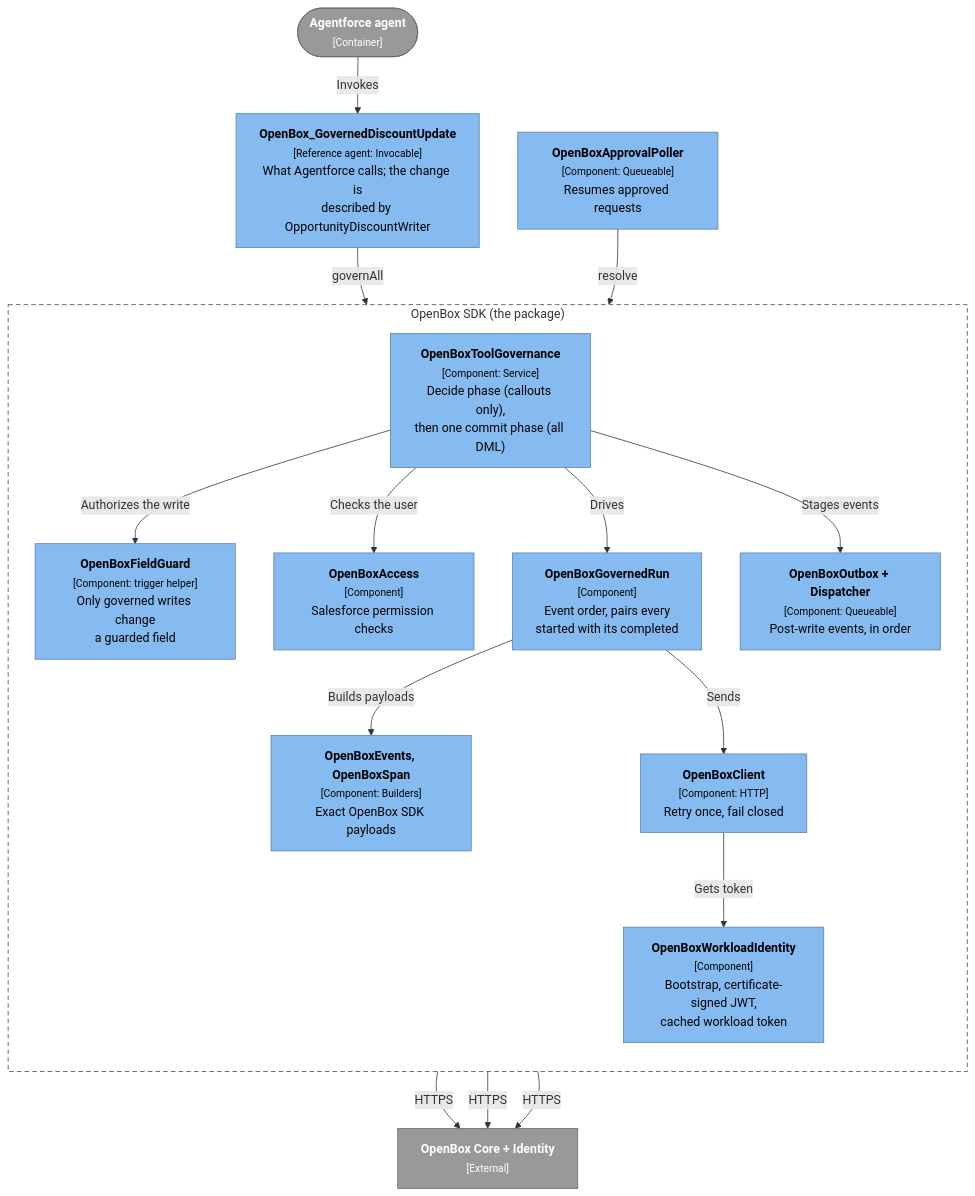
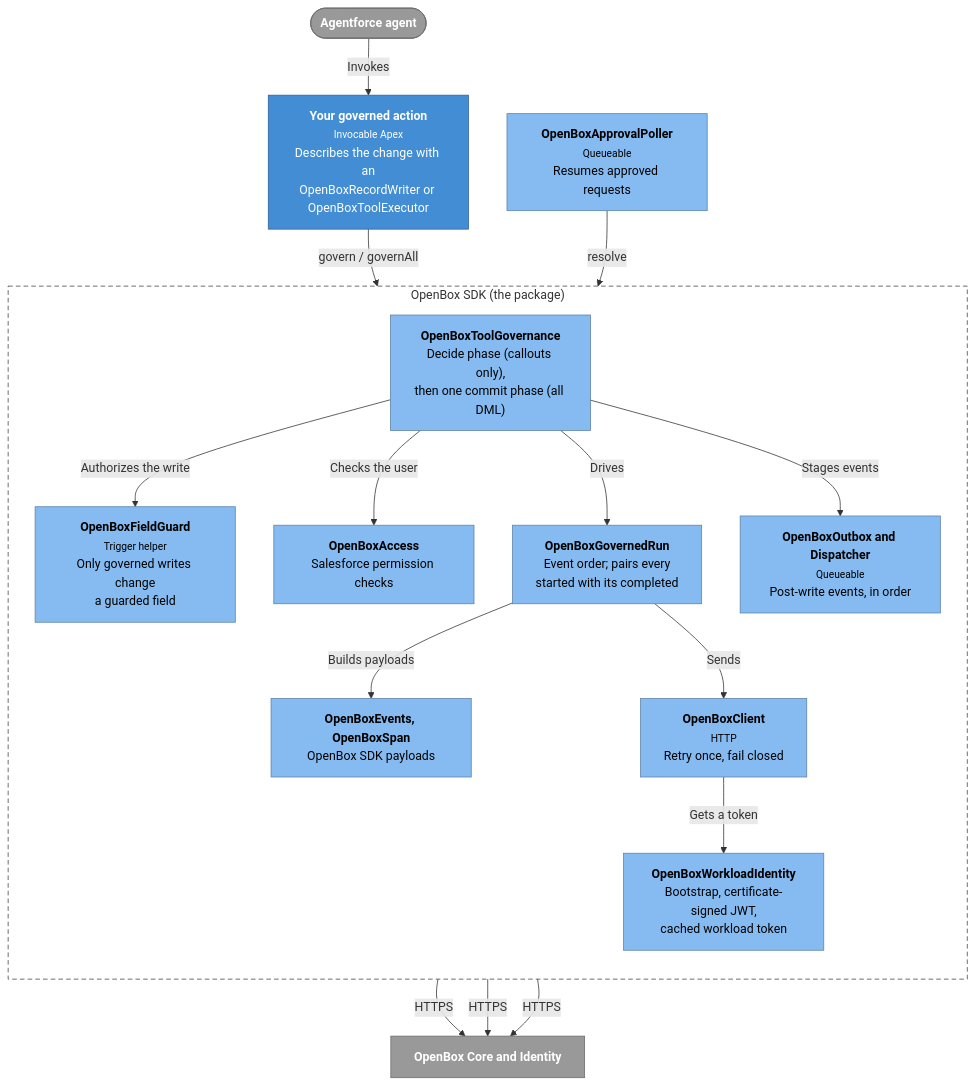
The third of 7 diagrams in README.md (OpenBox-AI/openbox-agentforce-sdk), drawn with Mermaid before and after one commit. The commit also changed other lines of this file and 2 other files, not shown here.

First line of the commit message:
PROD-1019 Public README; package alias points at the Dev Hub's package

````diff
--- a/README.md
+++ b/README.md
@@ -129,39 +132,39 @@
 ```mermaid
 flowchart TB
-  agent(["<b>Agentforce agent</b><br/><small>[Container]</small>"]):::ext
-  poller["<b>OpenBoxApprovalPoller</b><br/><small>[Component: Queueable]</small><br/>Resumes approved requests"]:::component
+  agent(["<b>Agentforce agent</b>"]):::ext
+  entry["<b>Your governed action</b><br/><small>Invocable Apex</small><br/>Describes the change with an<br/>OpenBoxRecordWriter or OpenBoxToolExecutor"]:::yours
+  poller["<b>OpenBoxApprovalPoller</b><br/><small>Queueable</small><br/>Resumes approved requests"]:::component
 
-  entry["<b>OpenBox_GovernedDiscountUpdate</b><br/><small>[Reference agent: Invocable]</small><br/>What Agentforce calls; the change is<br/>described by OpportunityDiscountWriter"]:::component
-
-  subgraph action["OpenBox SDK (the package)"]
+  subgraph pkg["OpenBox SDK (the package)"]
     direction TB
-    gov["<b>OpenBoxToolGovernance</b><br/><small>[Component: Service]</small><br/>Decide phase (callouts only),<br/>then one commit phase (all DML)"]:::component
-    guard["<b>OpenBoxFieldGuard</b><br/><small>[Component: trigger helper]</small><br/>Only governed writes change<br/>a guarded field"]:::component
-    access["<b>OpenBoxAccess</b><br/><small>[Component]</small><br/>Salesforce permission checks"]:::component
-    run["<b>OpenBoxGovernedRun</b><br/><small>[Component]</small><br/>Event order, pairs every<br/>started with its completed"]:::component
-    events["<b>OpenBoxEvents, OpenBoxSpan</b><br/><small>[Component: Builders]</small><br/>Exact OpenBox SDK payloads"]:::component
-    client["<b>OpenBoxClient</b><br/><small>[Component: HTTP]</small><br/>Retry once, fail closed"]:::component
-    wid["<b>OpenBoxWorkloadIdentity</b><br/><small>[Component]</small><br/>Bootstrap, certificate-signed JWT,<br/>cached workload token"]:::component
-    outbox["<b>OpenBoxOutbox + Dispatcher</b><br/><small>[Component: Queueable]</small><br/>Post-write events, in order"]:::component
+    gov["<b>OpenBoxToolGovernance</b><br/>Decide phase (callouts only),<br/>then one commit phase (all DML)"]:::component
+    guard["<b>OpenBoxFieldGuard</b><br/><small>Trigger helper</small><br/>Only governed writes change<br/>a guarded field"]:::component
+    access["<b>OpenBoxAccess</b><br/>Salesforce permission checks"]:::component
+    run["<b>OpenBoxGovernedRun</b><br/>Event order; pairs every<br/>started with its completed"]:::component
+    events["<b>OpenBoxEvents, OpenBoxSpan</b><br/>OpenBox SDK payloads"]:::component
+    client["<b>OpenBoxClient</b><br/><small>HTTP</small><br/>Retry once, fail closed"]:::component
+    wid["<b>OpenBoxWorkloadIdentity</b><br/>Bootstrap, certificate-signed JWT,<br/>cached workload token"]:::component
+    outbox["<b>OpenBoxOutbox and Dispatcher</b><br/><small>Queueable</small><br/>Post-write events, in order"]:::component
   end
 
-  core["<b>OpenBox Core + Identity</b><br/><small>[External]</small>"]:::ext
+  core["<b>OpenBox Core and Identity</b>"]:::ext
 
   agent -- "Invokes" --> entry
-  entry -- "governAll" --> gov
+  entry -- "govern / governAll" --> gov
   poller -- "resolve" --> gov
   gov -- "Authorizes the write" --> guard
   gov -- "Checks the user" --> access
   gov -- "Drives" --> run
   gov -- "Stages events" --> outbox
   run -- "Builds payloads" --> events
   run -- "Sends" --> client
-  client -- "Gets token" --> wid
+  client -- "Gets a token" --> wid
   client -- "HTTPS" --> core
   wid -- "HTTPS" --> core
   outbox -- "HTTPS" --> core
 
   classDef component fill:#85bbf0,stroke:#5d82a8,color:#000
+  classDef yours fill:#438dd5,stroke:#2e6295,color:#fff
   classDef ext fill:#999999,stroke:#6b6b6b,color:#fff
-  style action fill:none,stroke:#444,stroke-dasharray:6 4
+  style pkg fill:none,stroke:#444,stroke-dasharray:6 4
 ```
````
